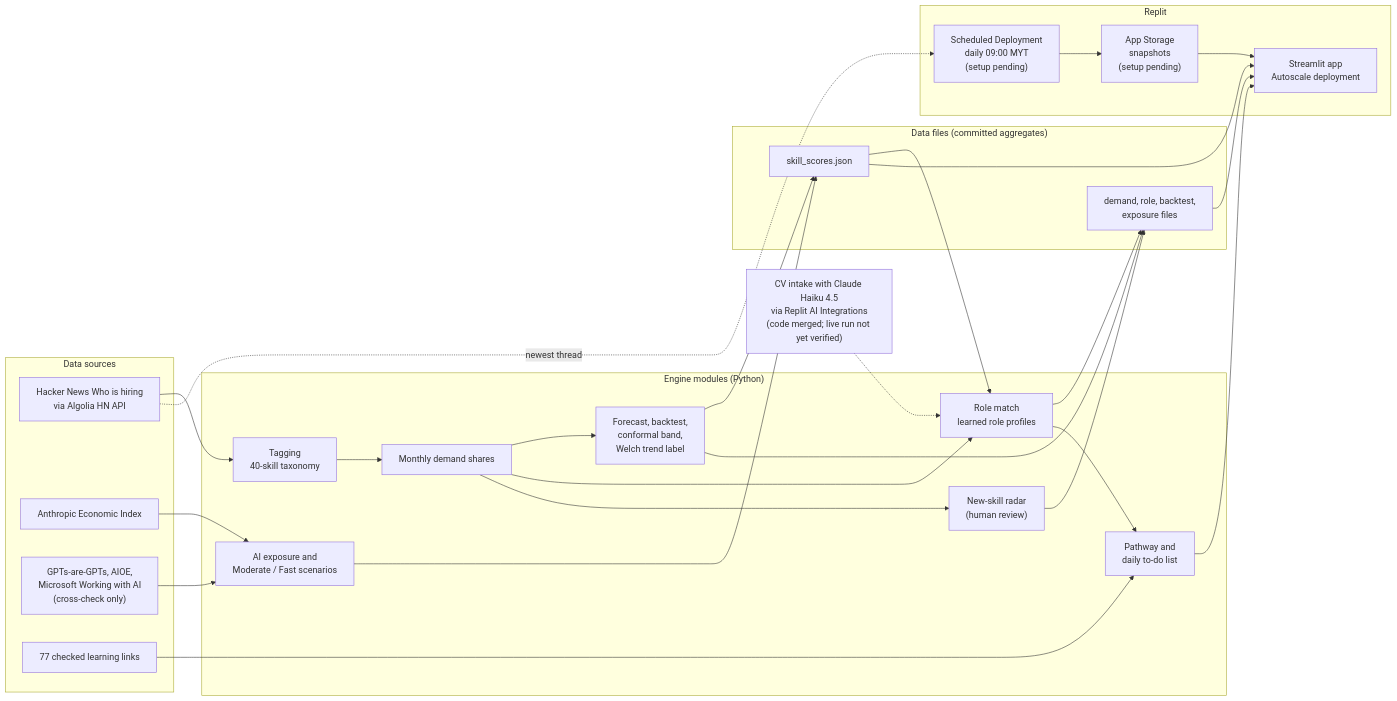
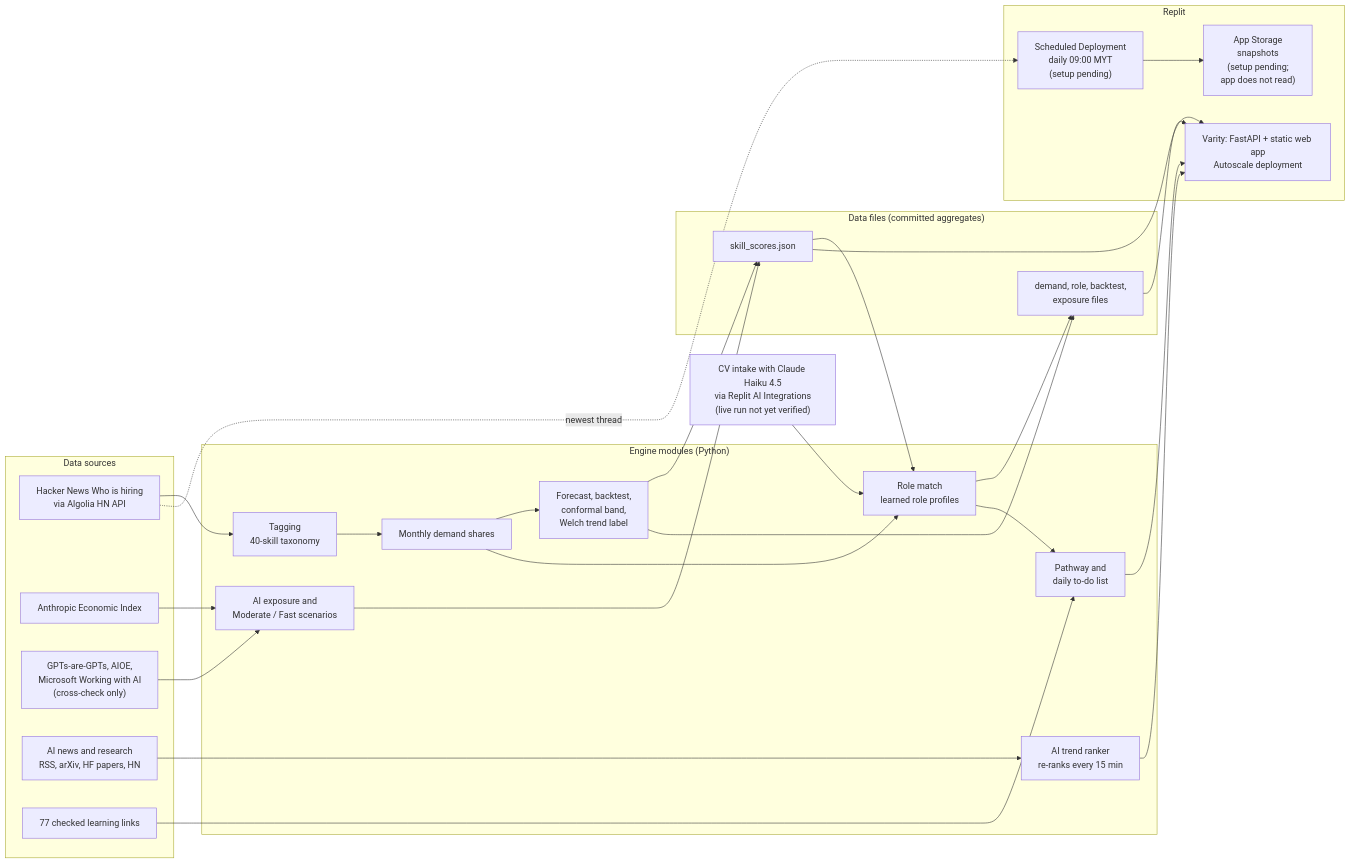
The diagram in docs/submission/preliminary-proposal.md (TayEeZhan/varity), drawn with Mermaid before and after one commit. The commit also changed other lines of this file and 14 other files, not shown here.

Commit message:
docs: describe Varity as the only app; Streamlit retired

````diff
--- a/docs/submission/preliminary-proposal.md
+++ b/docs/submission/preliminary-proposal.md
@@ -71,42 +71,42 @@
 ```mermaid
 flowchart LR
   subgraph SRC["Data sources"]
     HN["Hacker News Who is hiring<br/>via Algolia HN API"]
     AEI["Anthropic Economic Index"]
     XCHK["GPTs-are-GPTs, AIOE,<br/>Microsoft Working with AI<br/>(cross-check only)"]
+    NEWS["AI news and research<br/>RSS, arXiv, HF papers, HN"]
     RES["77 checked learning links"]
   end
   subgraph ENG["Engine modules (Python)"]
     TAG["Tagging<br/>40-skill taxonomy"]
     DEM["Monthly demand shares"]
     FC["Forecast, backtest,<br/>conformal band,<br/>Welch trend label"]
     EXP["AI exposure and<br/>Moderate / Fast scenarios"]
     ROLE["Role match<br/>learned role profiles"]
     PATH["Pathway and<br/>daily to-do list"]
-    DISC["New-skill radar<br/>(human review)"]
+    RANK["AI trend ranker<br/>re-ranks every 15 min"]
   end
   subgraph FILES["Data files (committed aggregates)"]
     SCORES["skill_scores.json"]
     OTHER["demand, role, backtest,<br/>exposure files"]
   end
   subgraph REPLIT["Replit"]
-    APP["Streamlit app<br/>Autoscale deployment"]
-    STORE["App Storage<br/>snapshots<br/>(setup pending)"]
+    APP["Varity: FastAPI + static web app<br/>Autoscale deployment"]
+    STORE["App Storage<br/>snapshots<br/>(setup pending;<br/>app does not read)"]
     JOB["Scheduled Deployment<br/>daily 09:00 MYT<br/>(setup pending)"]
   end
   HN --> TAG --> DEM --> FC --> SCORES
   AEI --> EXP --> SCORES
   XCHK --> EXP
   DEM --> ROLE --> OTHER
   FC --> OTHER
-  DEM --> DISC --> OTHER
+  NEWS --> RANK --> APP
   RES --> PATH
   SCORES --> ROLE --> PATH
   SCORES --> APP
   OTHER --> APP
   PATH --> APP
   JOB --> STORE
   HN -. "newest thread" .-> JOB
-  STORE --> APP
-  CV["CV intake with Claude Haiku 4.5<br/>via Replit AI Integrations<br/>(code merged; live run not yet verified)"] -.-> ROLE
+  CV["CV intake with Claude Haiku 4.5<br/>via Replit AI Integrations<br/>(live run not yet verified)"] --> ROLE
 ```
````
